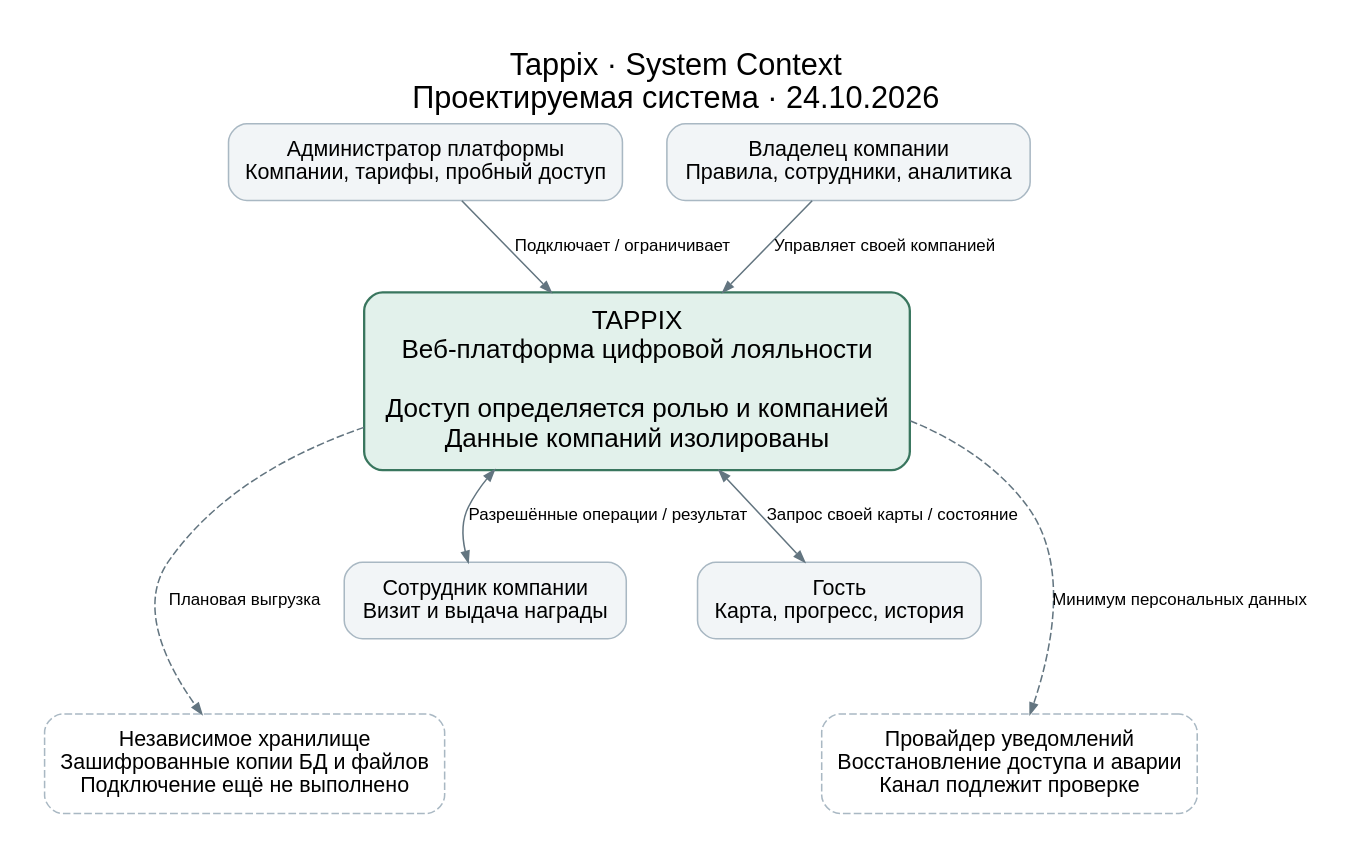
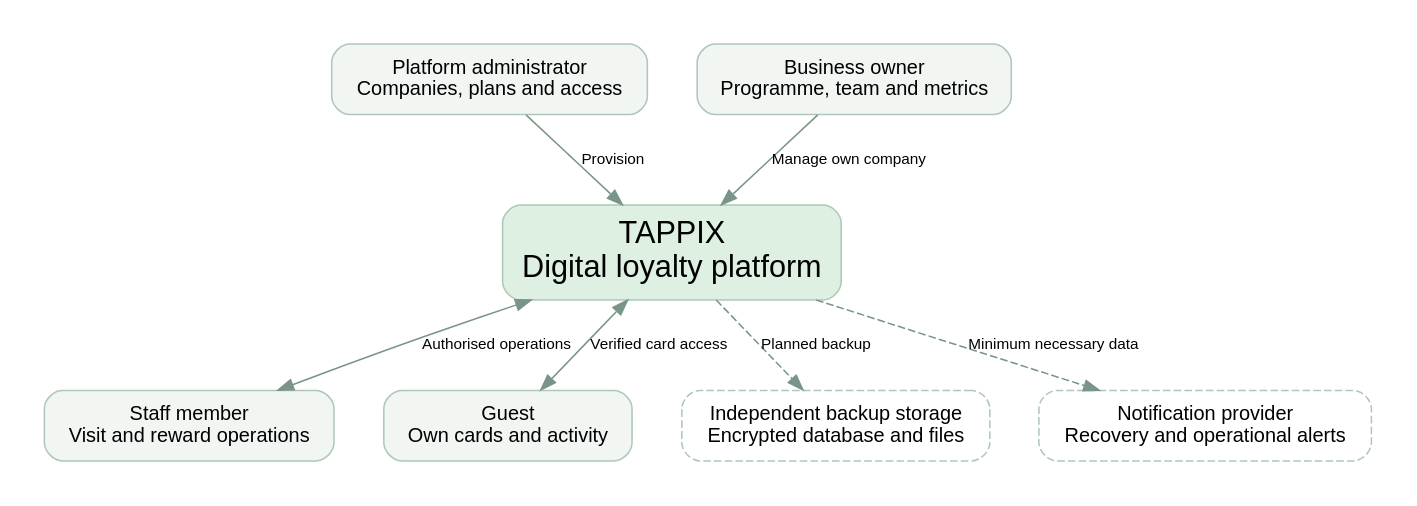
One commit to islqdev/tappix-diploma changed the diagram in diagrams/context.dot. Above: the diagram before and after it, drawn with Graphviz. The commit also changed 42 other files, not shown here.

```diff
--- a/diagrams/context.dot
+++ b/diagrams/context.dot
@@ -1,21 +1,8 @@
-digraph Context {
-  graph [rankdir=TB, bgcolor="white", pad=0.3, nodesep=0.4, ranksep=0.65, fontname="Arial", label="Tappix · System Context\nПроектируемая система · 24.10.2026", labelloc=t, fontsize=20];
-  node [shape=box, style="rounded,filled", fillcolor="#F2F5F7", color="#A9B8C3", fontname="Arial", fontsize=14, margin="0.18,0.14"];
-  edge [fontname="Arial", fontsize=11, color="#637580", arrowsize=0.7];
-  admin [label="Администратор платформы\nКомпании, тарифы, пробный доступ"];
-  owner [label="Владелец компании\nПравила, сотрудники, аналитика"];
-  staff [label="Сотрудник компании\nВизит и выдача награды"];
-  guest [label="Гость\nКарта, прогресс, история"];
-  {rank=same; admin; owner;}
-  tappix [label="TAPPIX\nВеб-платформа цифровой лояльности\n\nДоступ определяется ролью и компанией\nДанные компаний изолированы", fillcolor="#E2F1EB", color="#39765E", penwidth=1.5, fontsize=17];
-  {rank=same; staff; guest;}
-  admin -> tappix [label="Подключает / ограничивает"];
-  owner -> tappix [label="Управляет своей компанией"];
-  tappix -> staff [dir=both, label="Разрешённые операции / результат"];
-  tappix -> guest [dir=both, label="Запрос своей карты / состояние"];
-  backup [label="Независимое хранилище\nЗашифрованные копии БД и файлов\nПодключение ещё не выполнено", style="rounded,dashed", fillcolor="white"];
-  notify [label="Провайдер уведомлений\nВосстановление доступа и аварии\nКанал подлежит проверке", style="rounded,dashed", fillcolor="white"];
-  tappix -> backup [style=dashed, label="Плановая выгрузка"];
-  tappix -> notify [style=dashed, label="Минимум персональных данных"];
-  staff -> backup [style=invis]; guest -> notify [style=invis];
-}
+digraph G {graph [bgcolor="white",pad="0.3",nodesep="0.45",ranksep="0.65",fontname="Arial"]; node [shape=box,style="rounded,filled",fillcolor="#F1F6F3",color="#AEC7B8",fontname="Arial",fontsize=13,margin="0.18,0.12"]; edge [color="#789587",fontname="Arial",fontsize=10];rankdir=TB; app [label="TAPPIX
+Digital loyalty platform",fillcolor="#DEF0E2",fontsize=20]; admin [label="Platform administrator
+Companies, plans and access"]; owner [label="Business owner
+Programme, team and metrics"]; staff [label="Staff member
+Visit and reward operations"]; guest [label="Guest
+Own cards and activity"]; backup [label="Independent backup storage
+Encrypted database and files",style="rounded,dashed"]; notify [label="Notification provider
+Recovery and operational alerts",style="rounded,dashed"]; {rank=same;admin;owner} {rank=same;staff;guest} admin->app [label="Provision"]; owner->app [label="Manage own company"]; app->staff [dir=both,label="Authorised operations"]; app->guest [dir=both,label="Verified card access"]; app->backup [style=dashed,label="Planned backup"]; app->notify [style=dashed,label="Minimum necessary data"]; }
```
